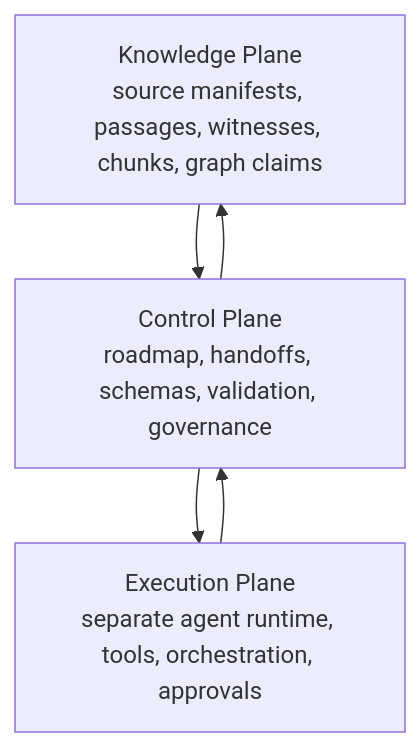
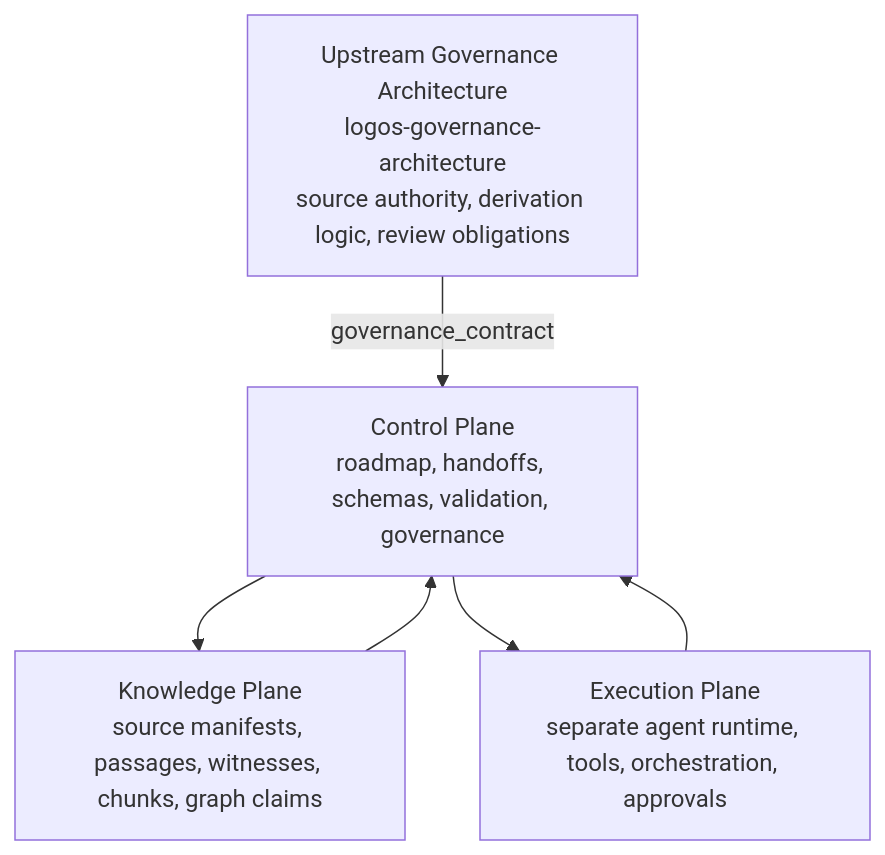
One commit to lowelltwong-alt/logos-scripture-graph changed the diagram in docs/architecture/ARCHITECTURE.md. Above: the diagram before and after it, drawn with Mermaid. The commit also changed other lines of this file and 13 other files, not shown here.

Commit message:
chore: enforce cross-repo governance contract

````diff
--- a/docs/architecture/ARCHITECTURE.md
+++ b/docs/architecture/ARCHITECTURE.md
@@ -11,10 +17,12 @@
 ```mermaid
 flowchart TB
+  UG[Upstream Governance Architecture\nlogos-governance-architecture\nsource authority, derivation logic, review obligations]
   KP[Knowledge Plane\nsource manifests, passages, witnesses, chunks, graph claims]
   CP[Control Plane\nroadmap, handoffs, schemas, validation, governance]
   EP[Execution Plane\nseparate agent runtime, tools, orchestration, approvals]
+  UG -->|governance_contract| CP
   KP --> CP
   CP --> KP
   CP --> EP
   EP --> CP
 ```
````
